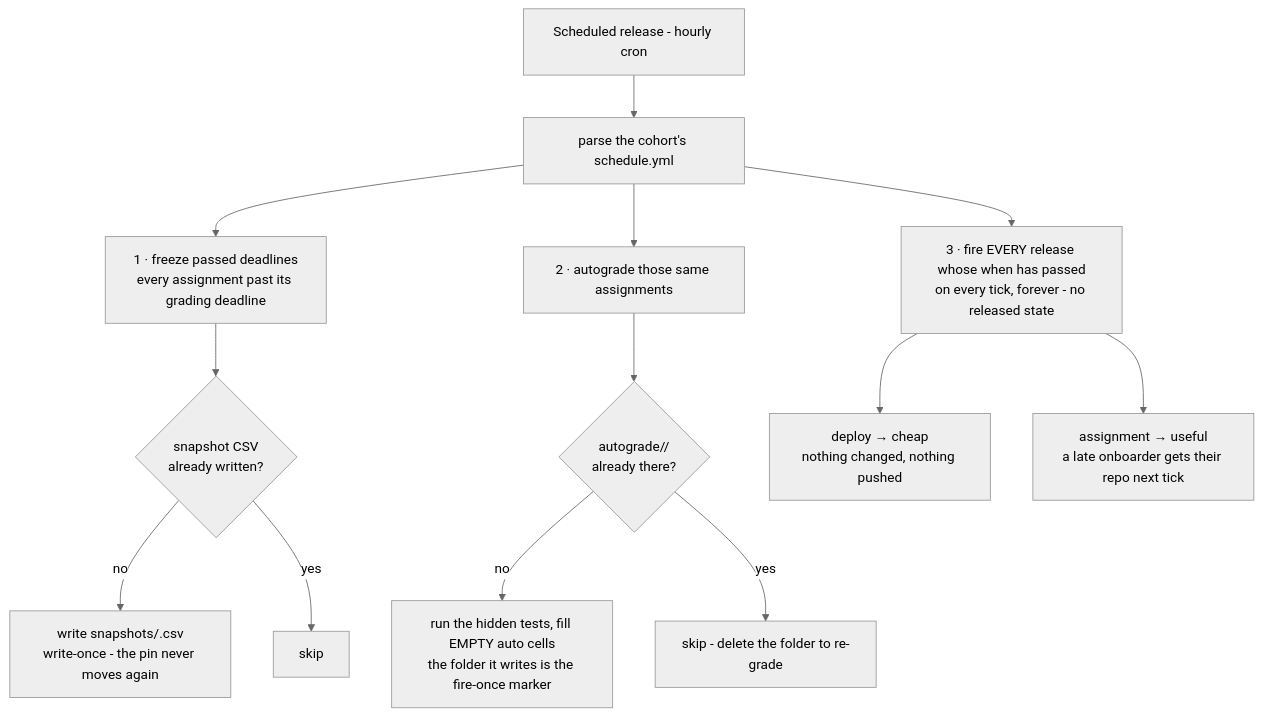
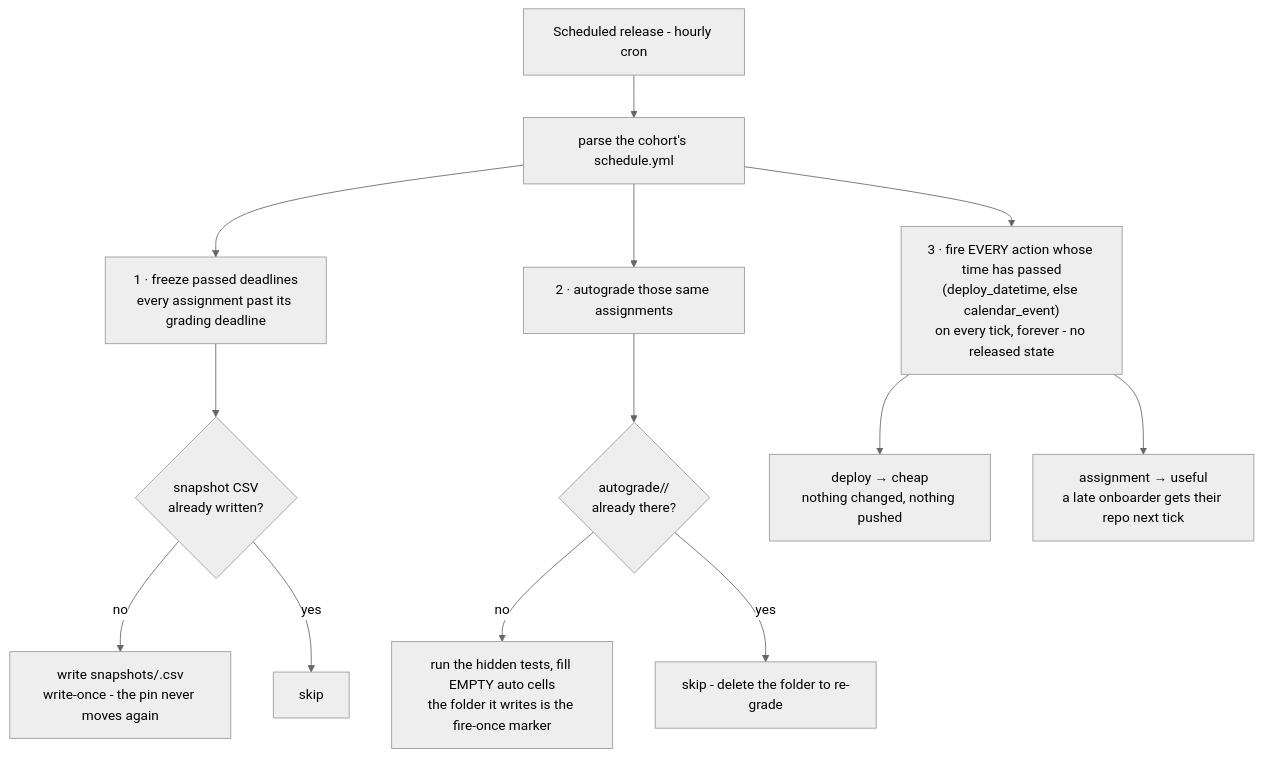
One commit to hertie-data-science-lab/dsl-teaching-course-setup changed the diagram in docs/faculty-and-instructors/06-schedule-releases.md. Above: the diagram before and after it, drawn with Mermaid (neutral theme). The commit also changed other lines of this file and 29 other files, not shown here.

First line of the commit message:
feat(schedule): calendar_event/deploy_datetime disaggregation, display-only events, deployment checklist rename

````diff
--- a/docs/faculty-and-instructors/06-schedule-releases.md
+++ b/docs/faculty-and-instructors/06-schedule-releases.md
@@ -103,23 +126,24 @@
 ```mermaid
 flowchart TB
   cron["Scheduled release - hourly cron"] --> parse["parse the cohort's schedule.yml"]
   parse --> p1["`1 · freeze passed deadlines
 every assignment past its grading deadline`"]
   p1 --> snap{"`snapshot CSV
 already written?`"}
   snap -- no --> freeze["`write snapshots/<slug>.csv
 write-once - the pin never moves again`"]
   snap -- yes --> skip["skip"]
   parse --> p2["`2 · autograde those same assignments`"]
   p2 --> mark{"`autograde/<slug>/
 already there?`"}
   mark -- no --> grade["`run the hidden tests, fill EMPTY auto cells
 the folder it writes is the fire-once marker`"]
   mark -- yes --> skip2["skip - delete the folder to re-grade"]
-  parse --> p3["`3 · fire EVERY release whose when has passed
+  parse --> p3["`3 · fire EVERY action whose time has passed
+(deploy_datetime, else calendar_event)
 on every tick, forever - no released state`"]
   p3 --> dep["`deploy → cheap
 nothing changed, nothing pushed`"]
   p3 --> asg["`assignment → useful
 a late onboarder gets their repo next tick`"]
 ```
````
